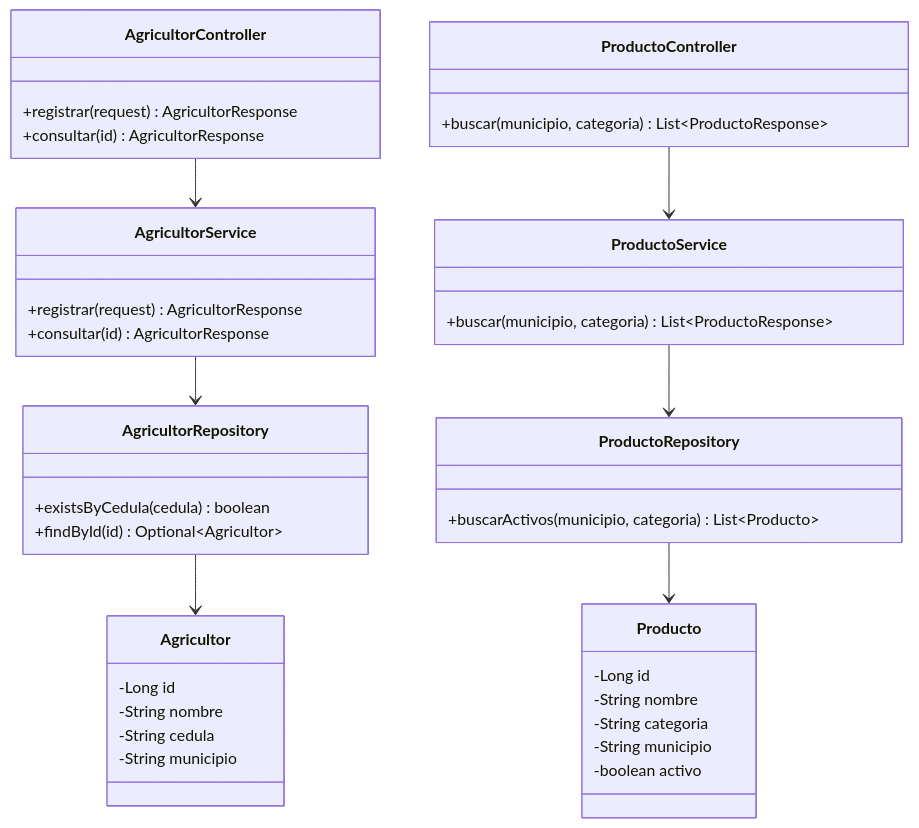
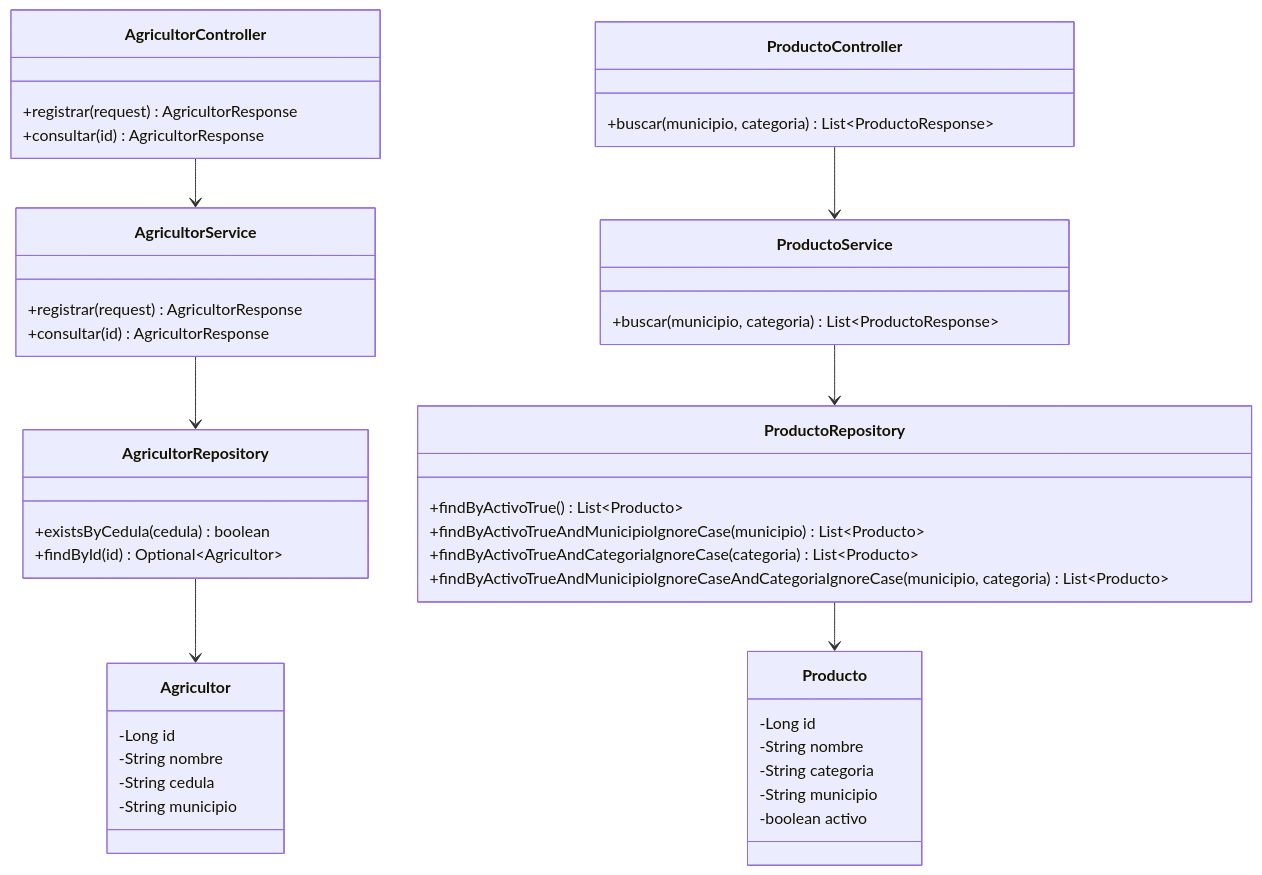
The third of 7 diagrams in docs/uml/README.md (santixit/agrovalle-connect), drawn with Mermaid before and after one commit. The commit also changed other lines of this file and 4 other files, not shown here.

Commit message:
docs: prepare integrator architecture and Sprint 1 evidence

````diff
--- a/docs/uml/README.md
+++ b/docs/uml/README.md
@@ -37,43 +37,46 @@
 ```mermaid
 classDiagram
   class AgricultorController {
     +registrar(request) AgricultorResponse
     +consultar(id) AgricultorResponse
   }
   class ProductoController {
     +buscar(municipio, categoria) List~ProductoResponse~
   }
   class AgricultorService {
     +registrar(request) AgricultorResponse
     +consultar(id) AgricultorResponse
   }
   class ProductoService {
     +buscar(municipio, categoria) List~ProductoResponse~
   }
   class AgricultorRepository {
     +existsByCedula(cedula) boolean
     +findById(id) Optional~Agricultor~
   }
   class ProductoRepository {
-    +buscarActivos(municipio, categoria) List~Producto~
+    +findByActivoTrue() List~Producto~
+    +findByActivoTrueAndMunicipioIgnoreCase(municipio) List~Producto~
+    +findByActivoTrueAndCategoriaIgnoreCase(categoria) List~Producto~
+    +findByActivoTrueAndMunicipioIgnoreCaseAndCategoriaIgnoreCase(municipio, categoria) List~Producto~
   }
   class Agricultor {
     -Long id
     -String nombre
     -String cedula
     -String municipio
   }
   class Producto {
     -Long id
     -String nombre
     -String categoria
     -String municipio
     -boolean activo
   }
   AgricultorController --> AgricultorService
   AgricultorService --> AgricultorRepository
   AgricultorRepository --> Agricultor
   ProductoController --> ProductoService
   ProductoService --> ProductoRepository
   ProductoRepository --> Producto
 ```
````
